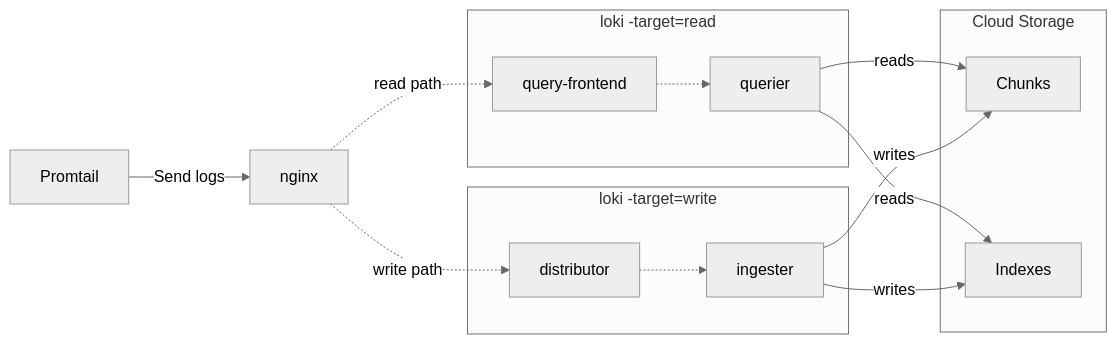
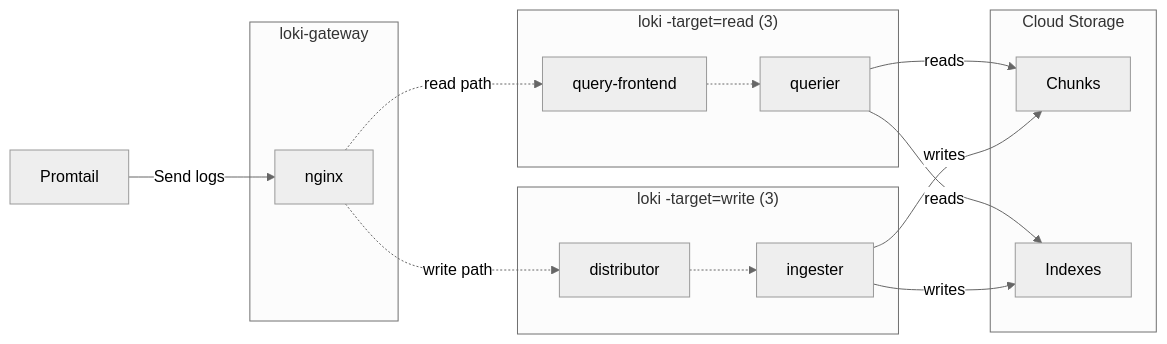
One commit to PrakharSrivastav/loki-docker-compose changed the diagram in README.md. Above: the diagram before and after it, drawn with Mermaid (neutral theme). The commit also changed other lines of this file, not shown here.

````diff
--- a/README.md
+++ b/README.md
@@ -1,27 +12,31 @@
 ```mermaid
 graph LR
     Promtail -->|Send logs| nginx
 
+    subgraph LokiGateway["loki-gateway"]
+        nginx
+    end 
+    
     nginx -.-> |read path| QueryFrontend
     nginx -.-> |write path| Distributor
-
-    subgraph LokiRead["loki -target=read"]
+    
+    subgraph LokiRead["loki -target=read (3)"]
         QueryFrontend["query-frontend"]
         Querier["querier"]
 
         QueryFrontend -.-> Querier
     end
 
     subgraph Minio["Cloud Storage"]
         Chunks
         Indexes
     end
 
-    subgraph LokiWrite["loki -target=write"]
+    subgraph LokiWrite["loki -target=write (3)"]
         Distributor["distributor"] -.-> Ingester["ingester"]
         Ingester
     end
 
     Querier --> |reads| Chunks & Indexes
     Ingester --> |writes| Chunks & Indexes
 ```
````
